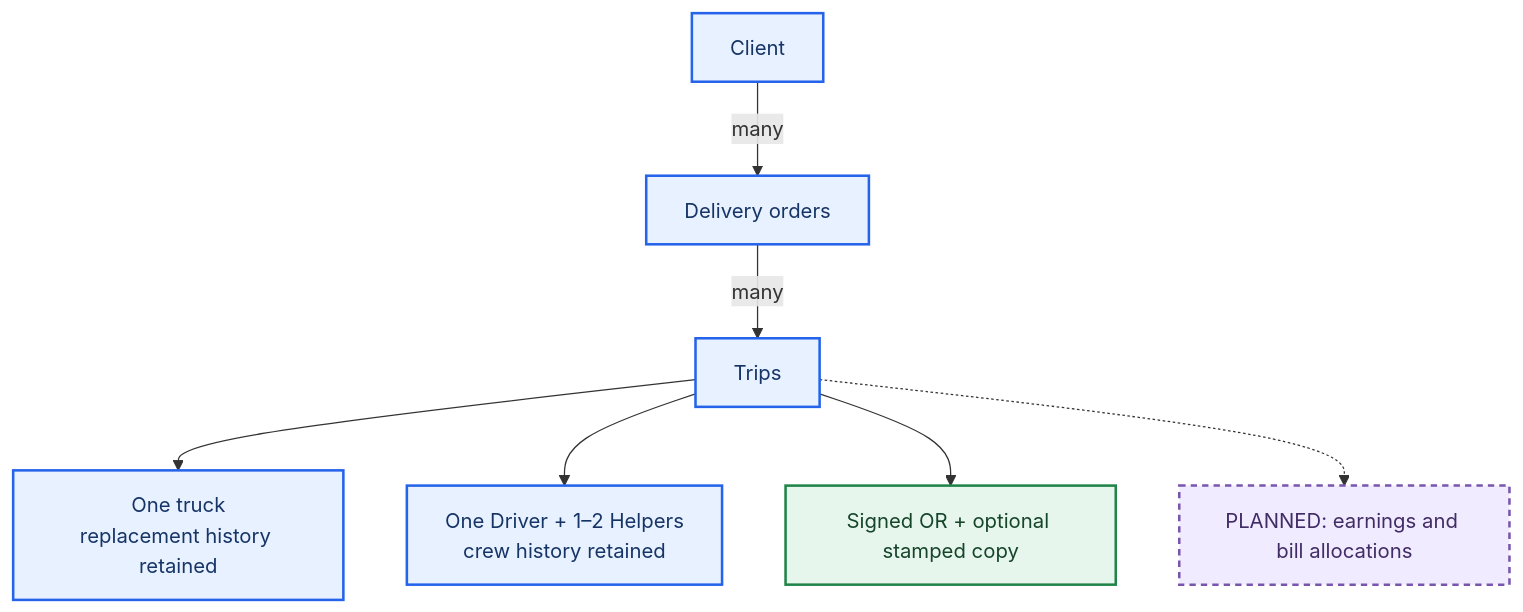
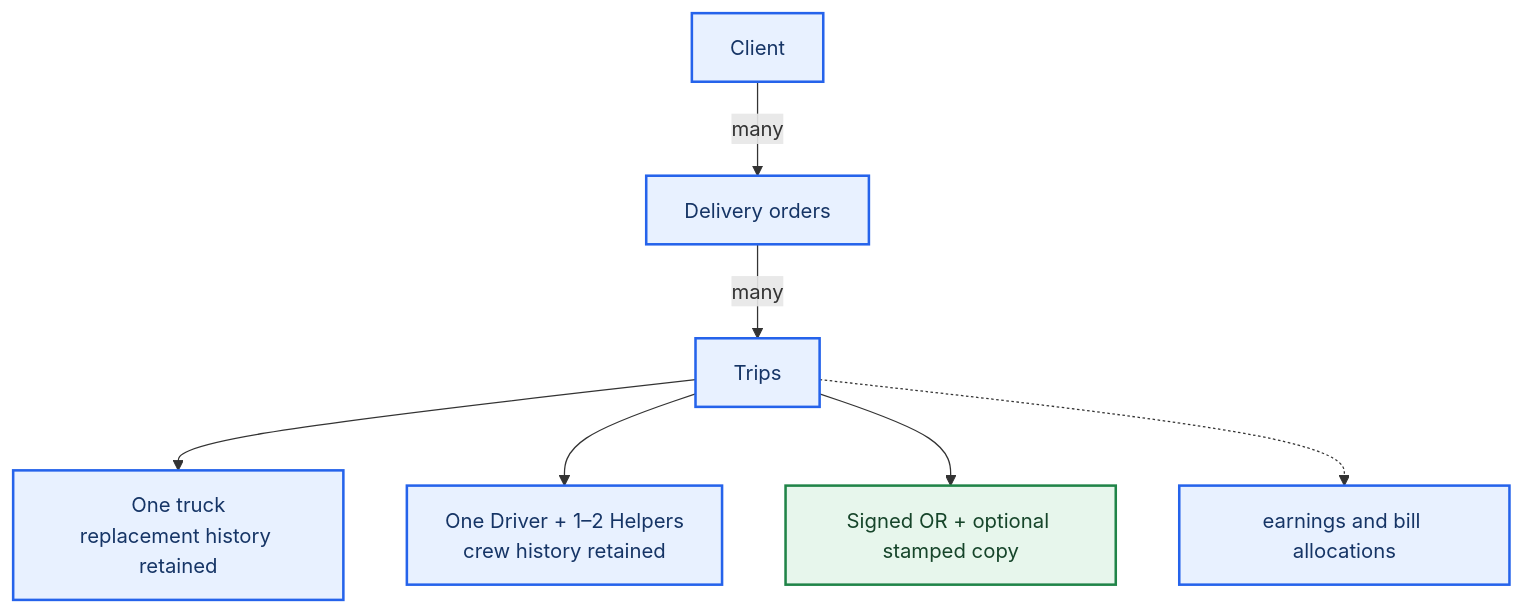
Before and after one commit to DanielVilla1/BM_Enterprises_Integration: the first of 4 diagrams in docs/taxonomy.md, drawn with Mermaid. The commit also changed other lines of this file and 104 other files, not shown here.

````diff
--- a/docs/taxonomy.md
+++ b/docs/taxonomy.md
@@ -11,14 +11,13 @@
 ```mermaid
 flowchart TB
     accTitle: How business records connect
     accDescr: Client has orders, orders have trips, and each trip connects truck, crew and OR evidence.
     client["Client"]:::action -->|many| orders["Delivery orders"]:::action
     orders -->|many| trips["Trips"]:::action
     trips --> truck["One truck<br/>replacement history retained"]:::action
     trips --> crew["One Driver + 1–2 Helpers<br/>crew history retained"]:::action
     trips --> docs["Signed OR + optional stamped copy"]:::done
-    trips -.-> money["PLANNED: earnings and bill allocations"]:::planned
+    trips -.-> money["earnings and bill allocations"]:::action
     classDef action fill:#e8f1ff,stroke:#2563eb,color:#163566,stroke-width:2px
     classDef done fill:#e7f6ec,stroke:#208448,color:#16452a,stroke-width:2px
-    classDef planned fill:#f0ebff,stroke:#7856ad,color:#412c65,stroke-width:2px,stroke-dasharray:5 4
 ```
````
